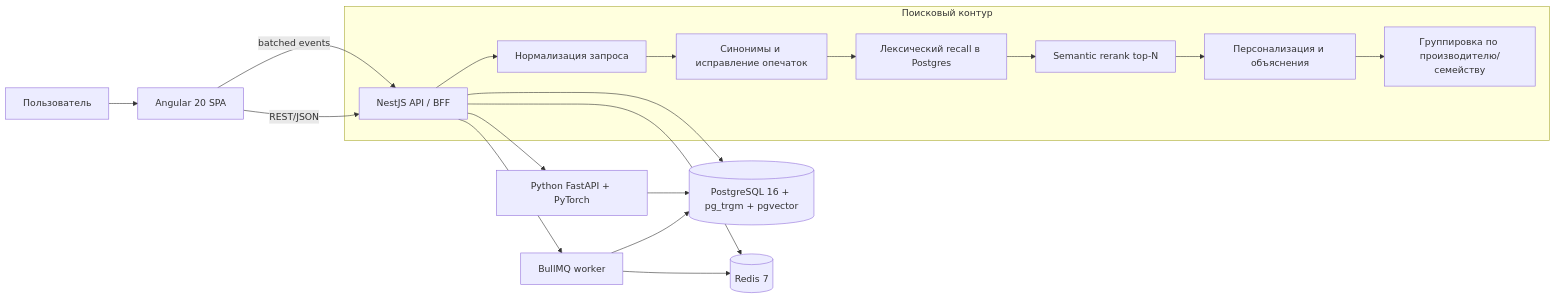
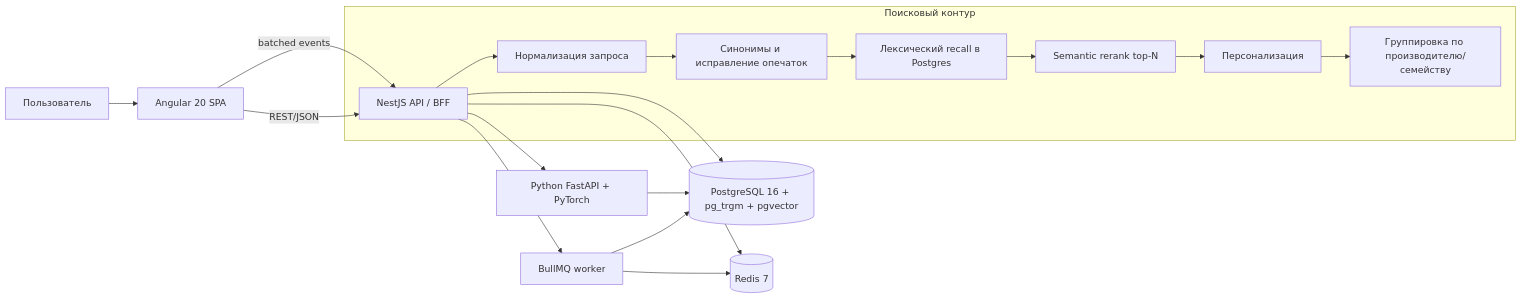
Before and after one commit to R1ikKky/intelligent-ai-search: the first of 6 diagrams in project-spec.md, drawn with Mermaid. The commit also changed other lines of this file and 3 other files, not shown here.

````diff
--- a/project-spec.md
+++ b/project-spec.md
@@ -153,22 +153,22 @@
 ```mermaid
 flowchart LR
     U[Пользователь] --> A[Angular 20 SPA]
     A -->|REST/JSON| B[NestJS API / BFF]
     B --> P[(PostgreSQL 16 + pg_trgm + pgvector)]
     B --> M[Python FastAPI + PyTorch]
     B --> R[(Redis 7)]
     B --> Q[BullMQ worker]
     Q --> R
     Q --> P
     M --> P
     A -->|batched events| B
 
     subgraph SearchContour[Поисковый контур]
       B --> S1[Нормализация запроса]
       S1 --> S2[Синонимы и исправление опечаток]
       S2 --> S3[Лексический recall в Postgres]
       S3 --> S4[Semantic rerank top-N]
-      S4 --> S5[Персонализация и объяснения]
+      S4 --> S5[Персонализация]
       S5 --> S6[Группировка по производителю/семейству]
     end
 ```
````
